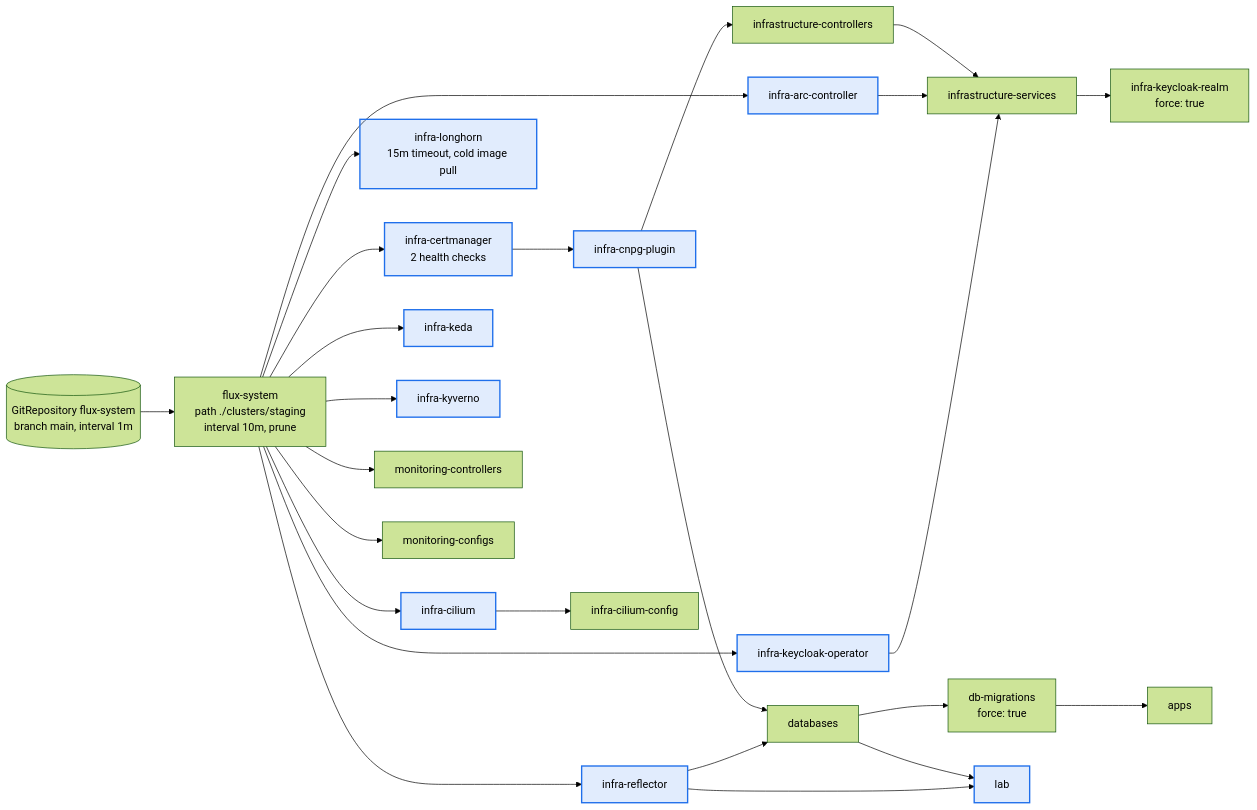
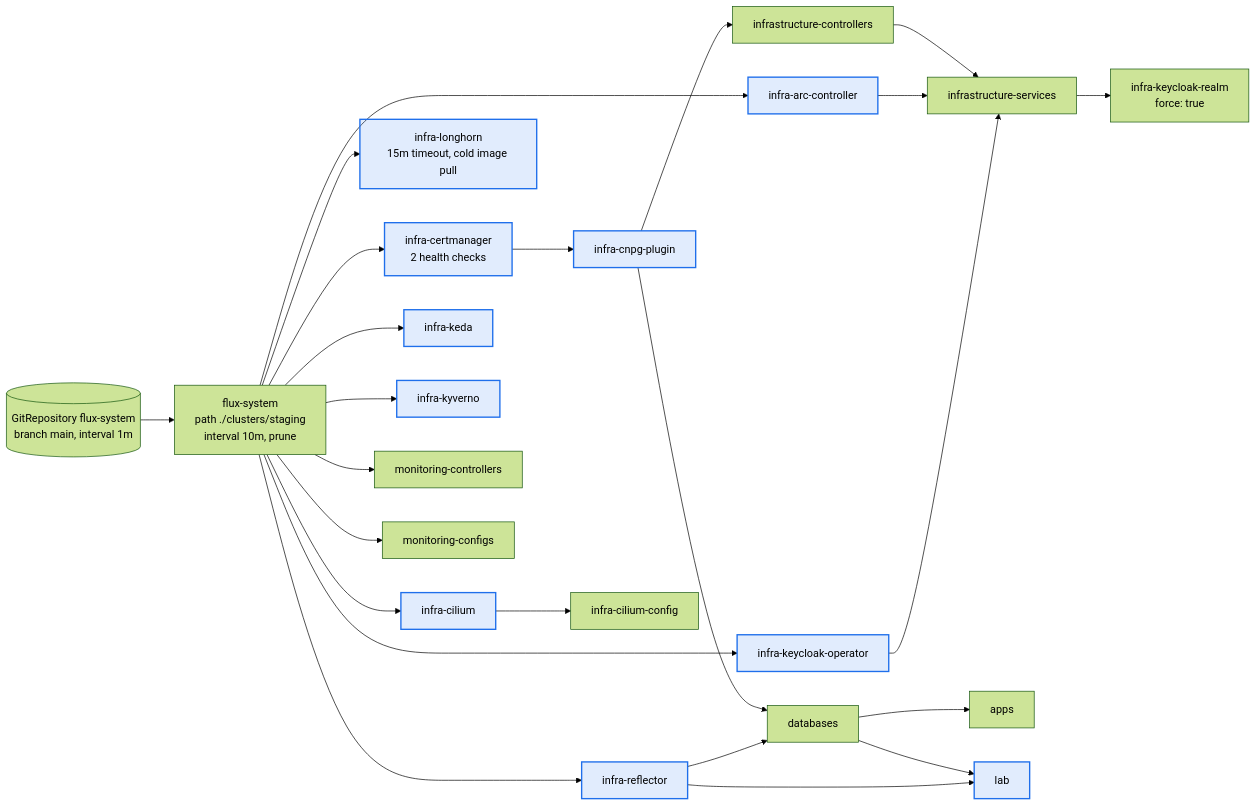
Before and after one commit to eliorion/homelab_v1: the diagram in documentations/01-architecture.md, drawn with Mermaid (forest theme). The commit also changed other lines of this file and 42 other files, not shown here.

````diff
--- a/documentations/01-architecture.md
+++ b/documentations/01-architecture.md
@@ -61,35 +61,34 @@
 ```mermaid
 flowchart LR
     git[("GitRepository flux-system<br/>branch main, interval 1m")]
     git --> root["flux-system<br/>path ./clusters/staging<br/>interval 10m, prune"]
 
     root --> cm["infra-certmanager<br/>2 health checks"]
     root --> arc["infra-arc-controller"]
     root --> lh["infra-longhorn<br/>15m timeout, cold image pull"]
     root --> cil["infra-cilium"]
     root --> refl["infra-reflector"]
     root --> keda["infra-keda"]
     root --> kyv["infra-kyverno"]
     root --> kco["infra-keycloak-operator"]
     root --> monc["monitoring-controllers"]
     root --> monf["monitoring-configs"]
 
     cm --> plugin["infra-cnpg-plugin"]
     plugin --> ctrl["infrastructure-controllers"]
     ctrl --> svc["infrastructure-services"]
     arc --> svc
     kco --> svc
     svc --> realm["infra-keycloak-realm<br/>force: true"]
 
     cil --> cilcfg["infra-cilium-config"]
 
     plugin --> db["databases"]
     refl --> db
-    db --> mig["db-migrations<br/>force: true"]
-    mig --> apps["apps"]
+    db --> apps["apps"]
     db --> lab["lab"]
     refl --> lab
 
     classDef gate fill:#1f6feb22,stroke:#1f6feb,stroke-width:2px
     class cm,plugin,arc,lh,cil,refl,keda,kyv,kco,lab gate
 ```
````
